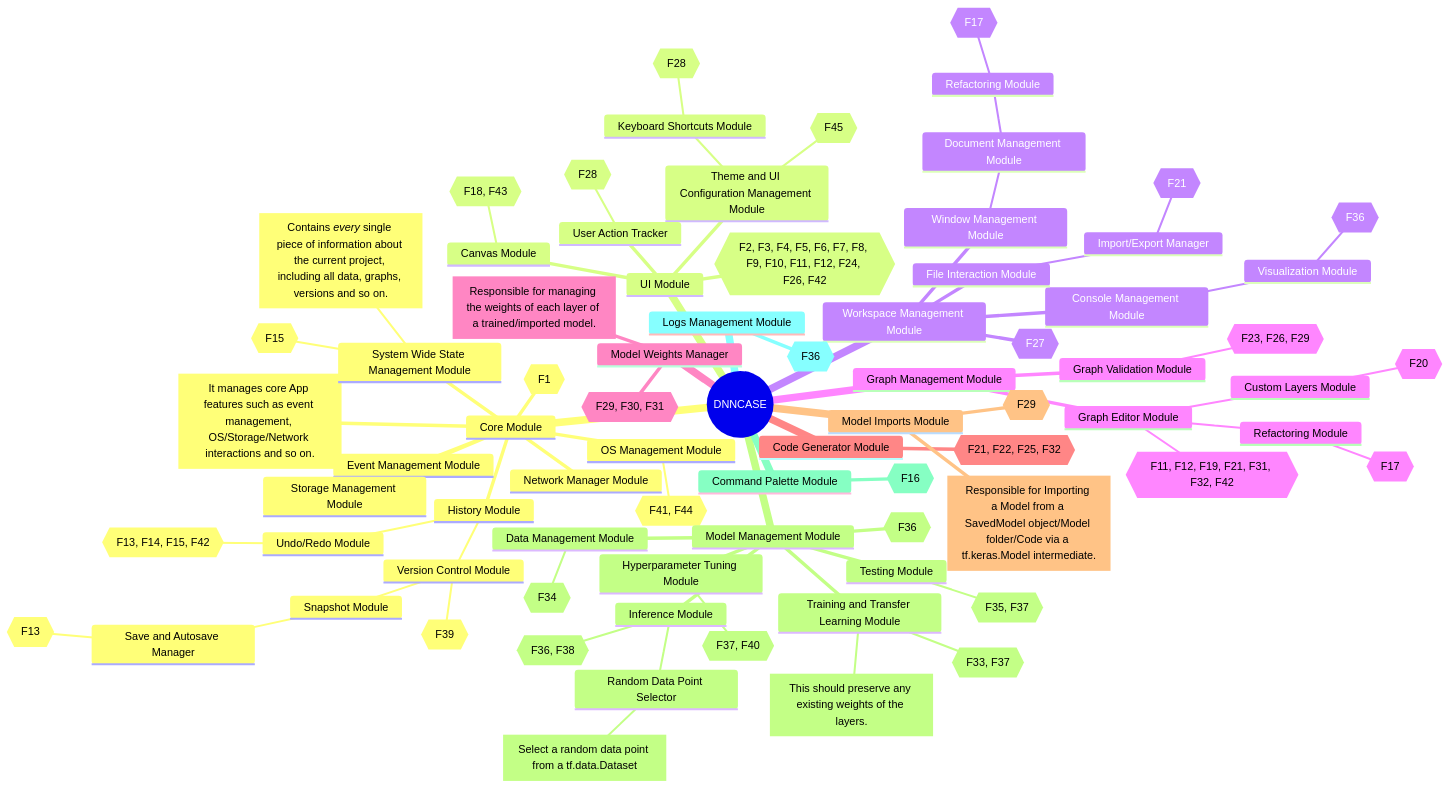
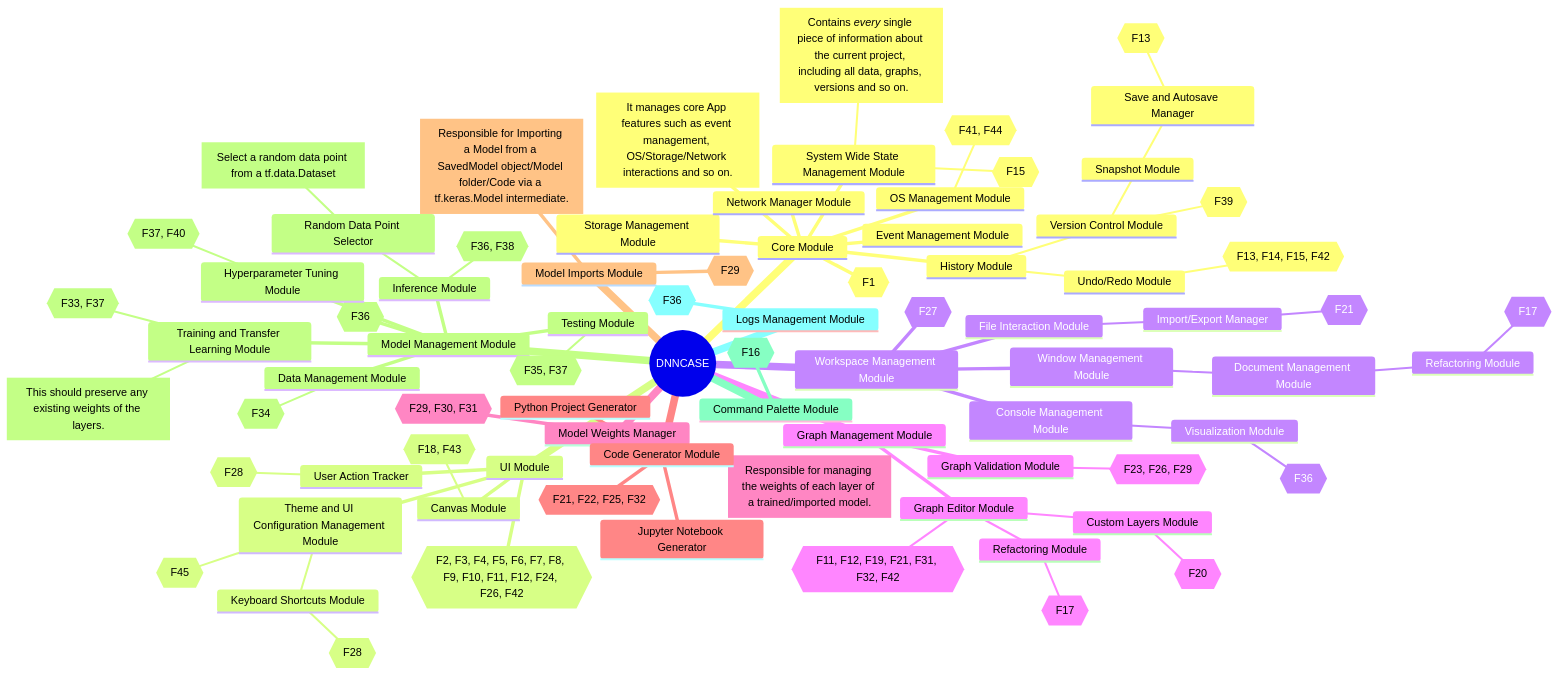
Before and after one commit to rohan843/dnncase: the first of 2 diagrams in Design Diagrams/Top Level Modules.md, drawn with Mermaid.

Commit message:
Update Top Level Modules.md

```diff
--- a/Design Diagrams/Top Level Modules.md
+++ b/Design Diagrams/Top Level Modules.md
@@ -123,6 +123,8 @@
         id[Responsible for managing the weights of each layer of a trained/imported model.]
         id{{F29, F30, F31}}
     Code Generator Module
+        Python Project Generator
+        Jupyter Notebook Generator
         id{{F21, F22, F25, F32}}
     Model Imports Module
         id[Responsible for Importing a Model from a SavedModel object/Model folder/Code via a tf.keras.Model intermediate.]
```
